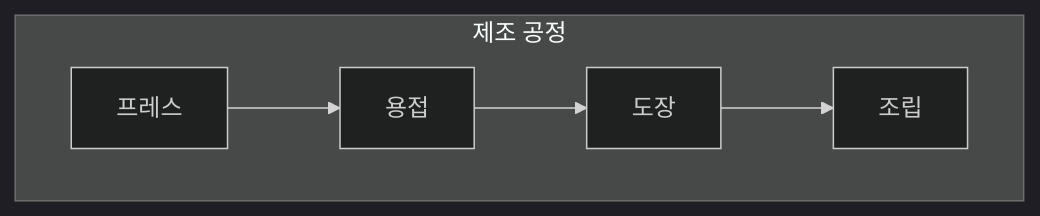
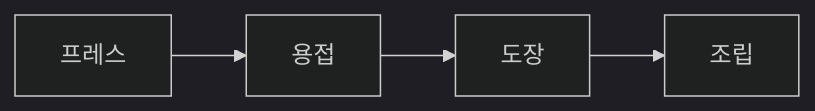
One commit to yeonkyupark/pepc3e changed the second of 3 diagrams in docs/0204_logistics_material_and_inventory_management.md. Above: the diagram before and after it, drawn with Mermaid (dark theme). The commit also changed other lines of this file, not shown here.

````diff
--- a/docs/0204_logistics_material_and_inventory_management.md
+++ b/docs/0204_logistics_material_and_inventory_management.md
@@ -50,12 +49,9 @@
    ```mermaid
-   flowchart TD
-   
-   subgraph Manufacturing[제조 공정]
+   flowchart LR
        A[프레스]
        B[용접]
        C[도장]
        D[조립]
-   end
    
    A --> B --> C --> D
    ```
````
